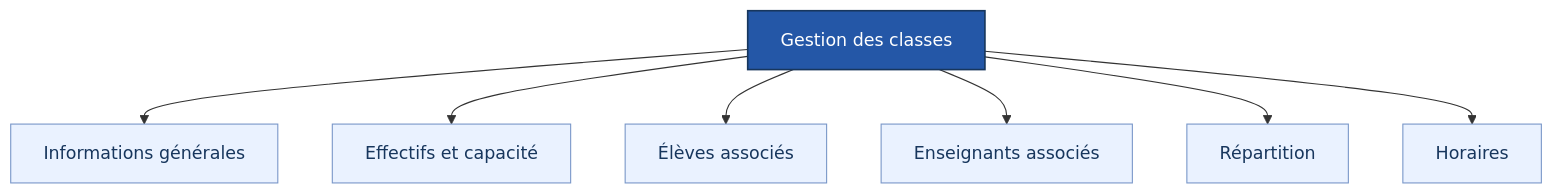
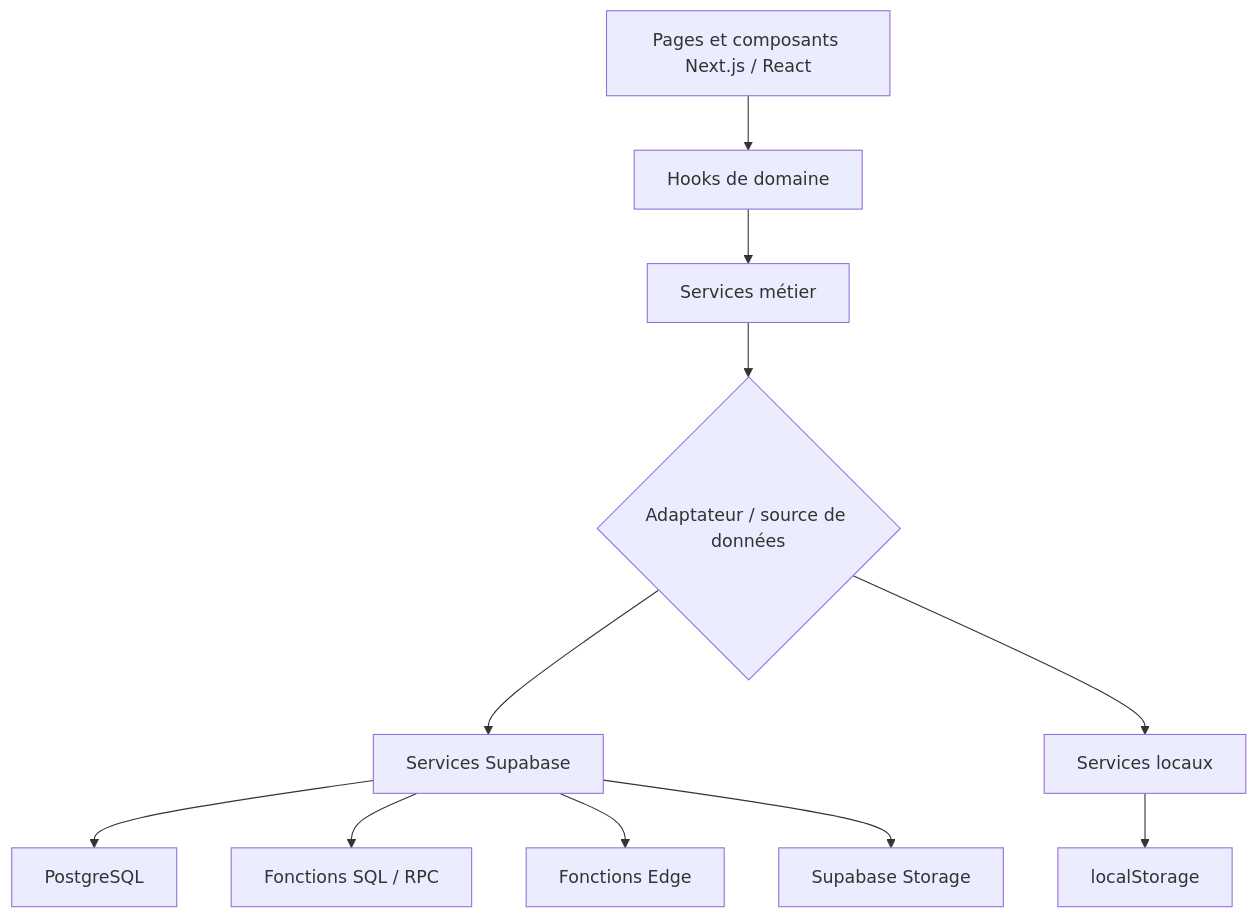
One commit to darlyblake/Syst-me-Administratif-Scolaire changed the diagram in docs/ARCHITECTURE.md. Above: the diagram before and after it, drawn with Mermaid. The commit also changed other lines of this file, not shown here.

Commit message:
docs: actualiser architecture et etat Supabase

````diff
--- a/docs/ARCHITECTURE.md
+++ b/docs/ARCHITECTURE.md
@@ -76,13 +21,13 @@
 ```mermaid
 flowchart TD
-    C["Gestion des classes"] --> I["Informations générales"]
-    C --> E["Effectifs et capacité"]
-    C --> EL["Élèves associés"]
-    C --> EN["Enseignants associés"]
-    C --> R["Répartition"]
-    C --> H["Horaires"]
-    classDef root fill:#2457A7,stroke:#17365D,color:#FFFFFF,stroke-width:1.5px
-    classDef item fill:#EAF2FF,stroke:#7896C8,color:#17365D
-    class C root
-    class I,E,EL,EN,R,H item
+    UI["Pages et composants Next.js / React"] --> H["Hooks de domaine"]
+    H --> S["Services métier"]
+    S --> R{"Adaptateur / source de données"}
+    R --> SB["Services Supabase"]
+    R --> LS["Services locaux"]
+    SB --> DB["PostgreSQL"]
+    SB --> RPC["Fonctions SQL / RPC"]
+    SB --> EDGE["Fonctions Edge"]
+    SB --> STORAGE["Supabase Storage"]
+    LS --> LOCAL["localStorage"]
 ```
````
